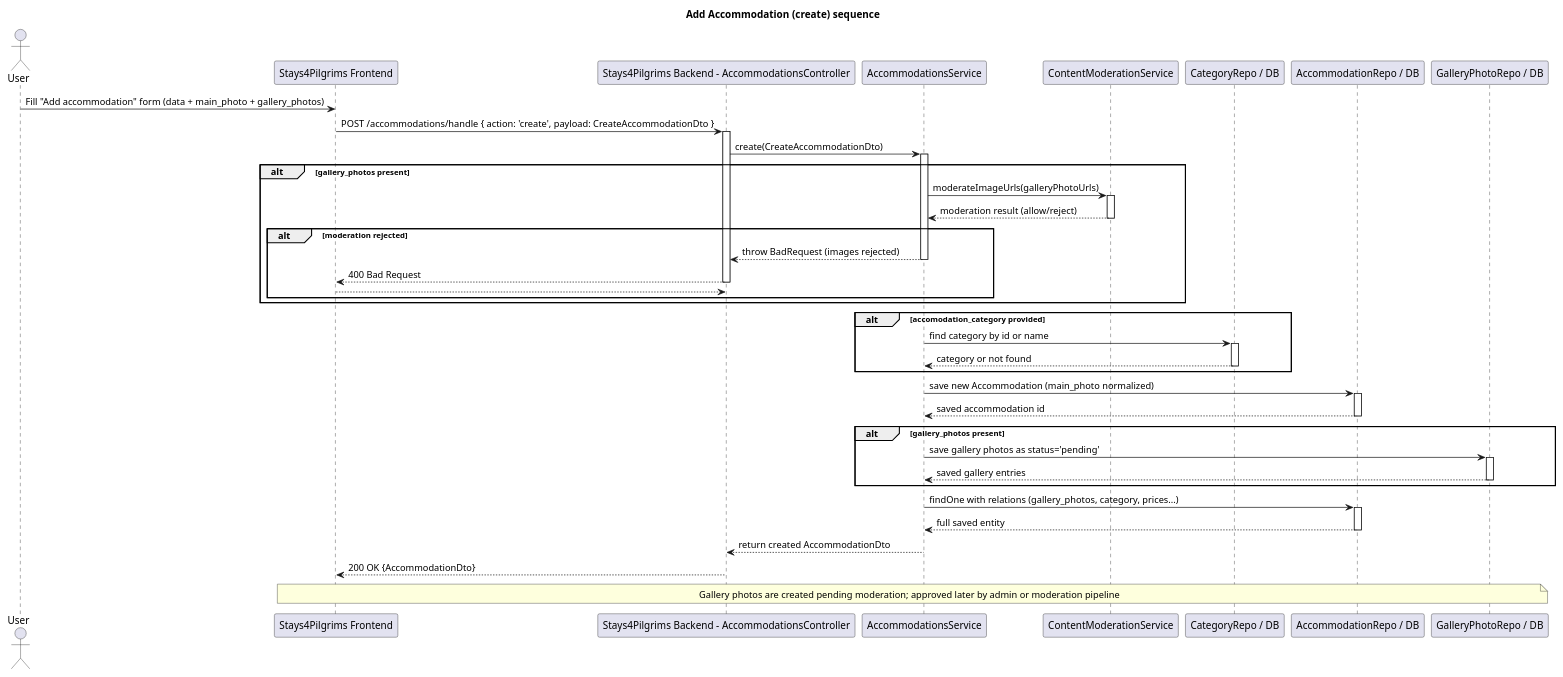
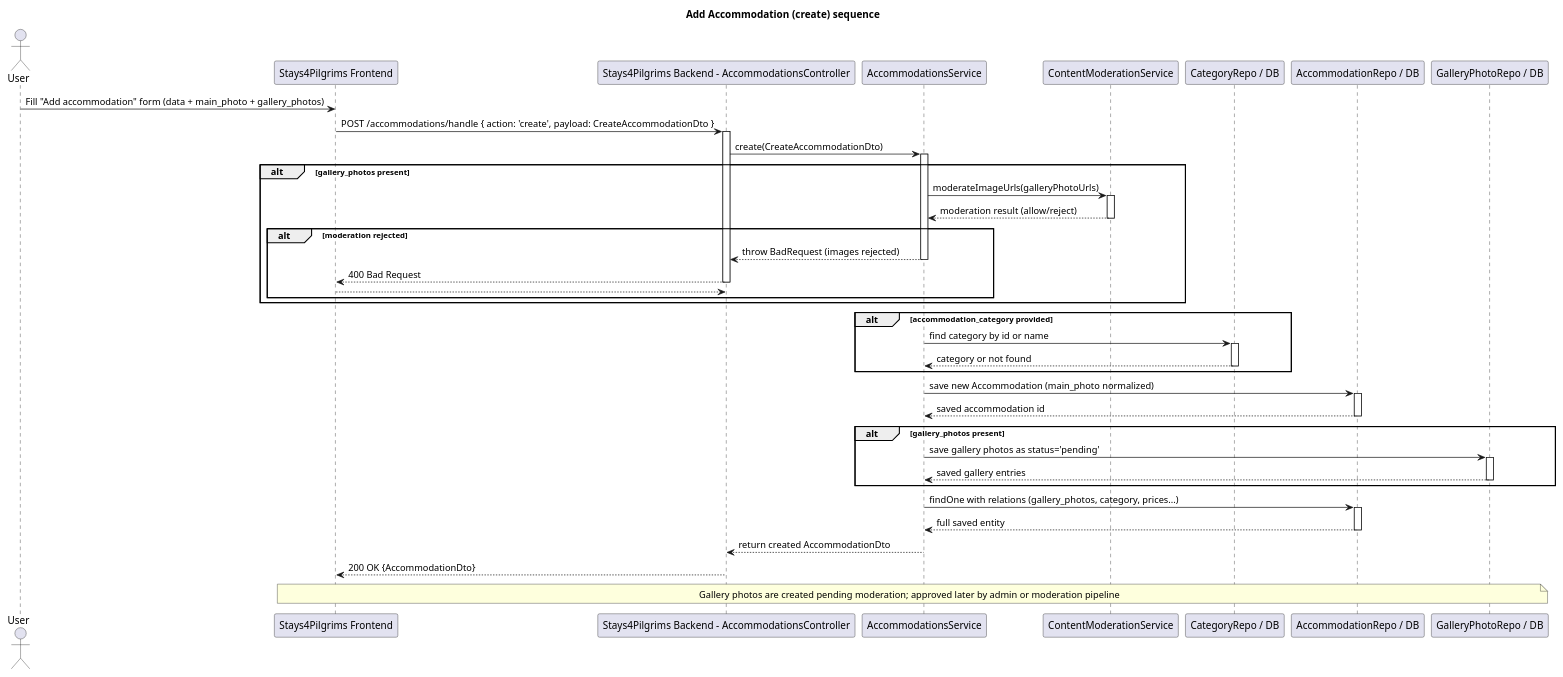
One commit to alegna83/cookbook-be changed the diagram in docs/diagrams/sequence-add-accommodation.puml. Above: the diagram before and after it, drawn with PlantUML. The commit also changed 15 other files, not shown here.

Commit message:
docs(diagrams): fix Accommodation naming and refresh A4-friendly compact ER exports

```diff
--- a/docs/diagrams/sequence-add-accommodation.puml
+++ b/docs/diagrams/sequence-add-accommodation.puml
@@ -1,62 +1,62 @@
 @startuml
 title Add Accommodation (create) sequence
 actor User
 participant "Stays4Pilgrims Frontend" as FE
 participant "Stays4Pilgrims Backend - AccommodationsController" as API
 participant "AccommodationsService" as SVC
 participant "ContentModerationService" as MOD
 participant "CategoryRepo / DB" as CATDB
 participant "AccommodationRepo / DB" as ADB
 participant "GalleryPhotoRepo / DB" as GDB
 
 User -> FE: Fill "Add accommodation" form (data + main_photo + gallery_photos)
 FE -> API: POST /accommodations/handle { action: 'create', payload: CreateAccommodationDto }
 activate API
 API -> SVC: create(CreateAccommodationDto)
 activate SVC
 alt gallery_photos present
   SVC -> MOD: moderateImageUrls(galleryPhotoUrls)
   activate MOD
   MOD --> SVC: moderation result (allow/reject)
   deactivate MOD
   alt moderation rejected
     SVC --> API: throw BadRequest (images rejected)
     deactivate SVC
     API --> FE: 400 Bad Request
     deactivate API
     return
   end
 end
 
-alt accomodation_category provided
+alt accommodation_category provided
   SVC -> CATDB: find category by id or name
   activate CATDB
   CATDB --> SVC: category or not found
   deactivate CATDB
 end
 
 SVC -> ADB: save new Accommodation (main_photo normalized)
 activate ADB
 ADB --> SVC: saved accommodation id
 deactivate ADB
 
 alt gallery_photos present
   SVC -> GDB: save gallery photos as status='pending'
   activate GDB
   GDB --> SVC: saved gallery entries
   deactivate GDB
 end
 
 SVC -> ADB: findOne with relations (gallery_photos, category, prices...)
 activate ADB
 ADB --> SVC: full saved entity
 deactivate ADB
 
 SVC --> API: return created AccommodationDto
 deactivate SVC
 API --> FE: 200 OK {AccommodationDto}
 deactivate API
 
 note over FE,GDB: Gallery photos are created pending moderation; approved later by admin or moderation pipeline
 
 @enduml
```
